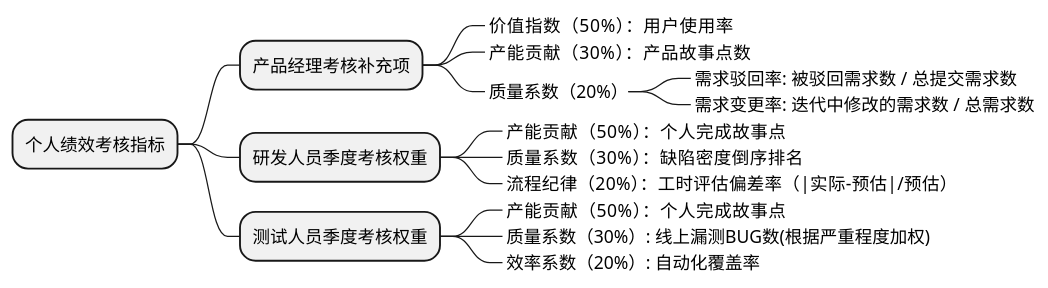
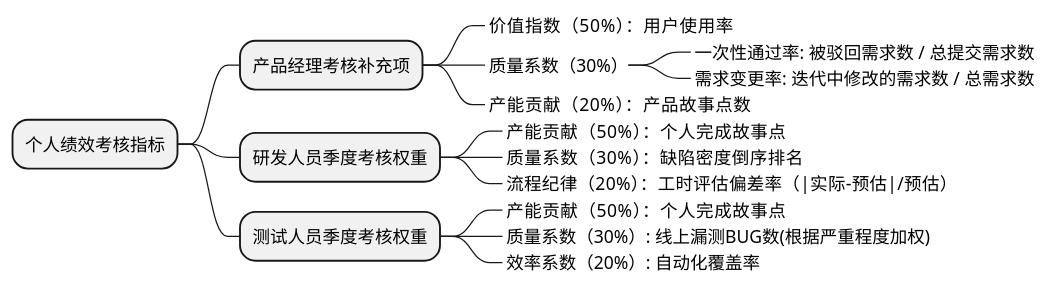
Before and after one commit to holmofy/blog.hufeifei.cn: the second of 2 diagrams in source/_posts/business/scrum.md, drawn with PlantUML. The commit also changed other lines of this file, not shown here.

````diff
--- a/source/_posts/business/scrum.md
+++ b/source/_posts/business/scrum.md
@@ -190,19 +190,19 @@
 ```plantuml
 @startmindmap
 * 个人绩效考核指标
 ** 产品经理考核补充项
 ***_ 价值指数（50%）：用户使用率
-***_ 产能贡献（30%）：产品故事点数
-***_ 质量系数（20%）
-****_ 需求驳回率: 被驳回需求数 / 总提交需求数
+***_ 质量系数（30%）
+****_ 一次性通过率: 被驳回需求数 / 总提交需求数
 ****_ 需求变更率: 迭代中修改的需求数 / 总需求数
+***_ 产能贡献（20%）：产品故事点数
 ** 研发人员季度考核权重
 ***_ 产能贡献（50%）：个人完成故事点
 ***_ 质量系数（30%）：缺陷密度倒序排名
 ***_ 流程纪律（20%）：工时评估偏差率（|实际-预估|/预估）
 ** 测试人员季度考核权重
 ***_ 产能贡献（50%）：个人完成故事点
 ***_ 质量系数（30%）: 线上漏测BUG数(根据严重程度加权)
 ***_ 效率系数（20%）: 自动化覆盖率
 @endmindmap
 ```
````
